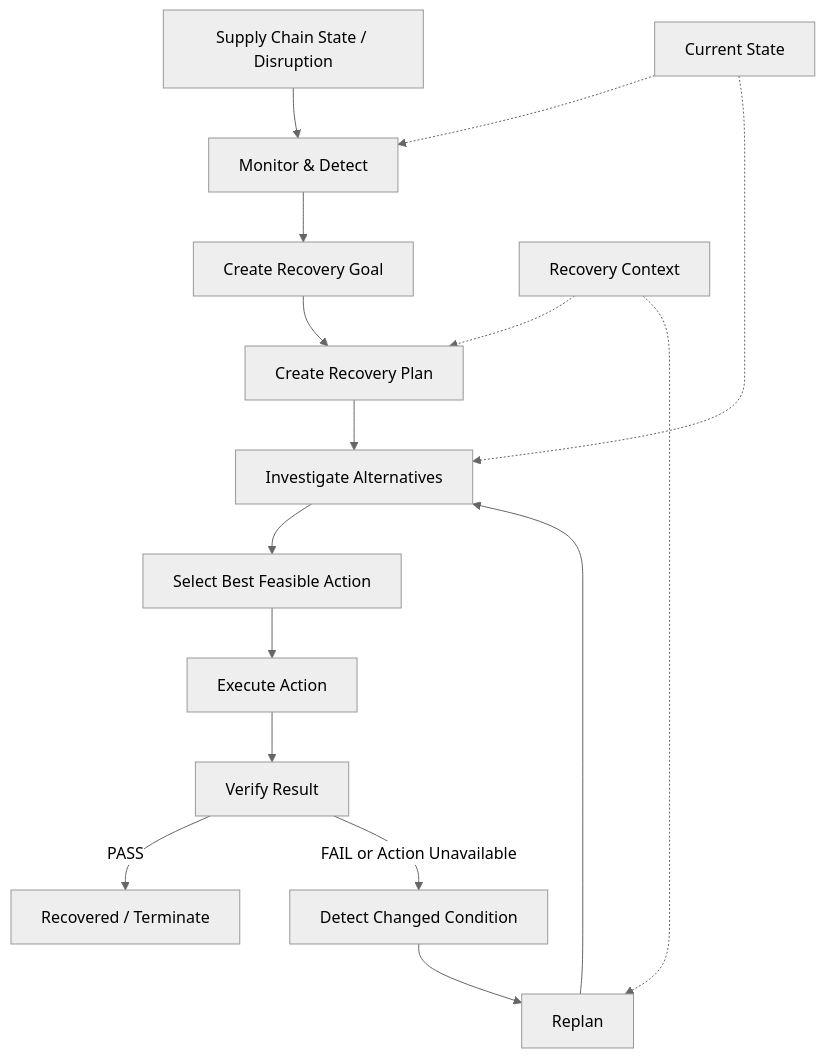
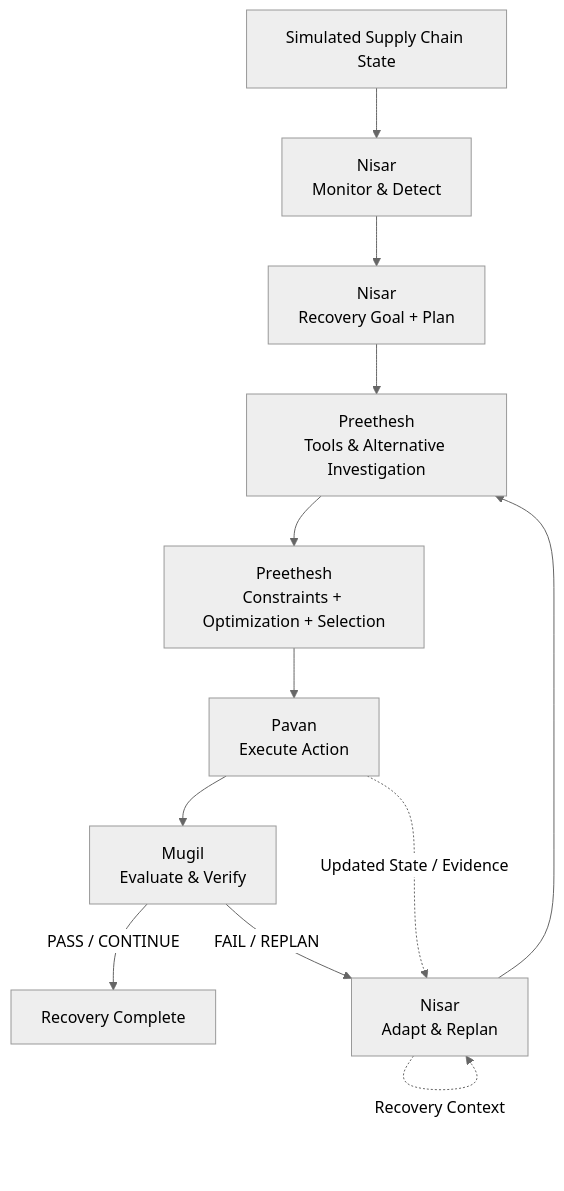
The first of 2 diagrams in README.md (nisar-studio/Autonomous-Retail-Supply-Chain-Agent-Team_Codex), drawn with Mermaid (neutral theme) before and after one commit. The commit also changed other lines of this file, not shown here.

````diff
--- a/README.md
+++ b/README.md
@@ -99,20 +144,16 @@
 ```mermaid
 flowchart TD
-    A[Supply Chain State / Disruption] --> B[Monitor & Detect]
-    B --> C[Create Recovery Goal]
-    C --> D[Create Recovery Plan]
-    D --> E[Investigate Alternatives]
-    E --> F[Select Best Feasible Action]
-    F --> G[Execute Action]
-    G --> H[Verify Result]
+    A[Simulated Supply Chain State] --> B[Nisar<br/>Monitor & Detect]
+    B --> C[Nisar<br/>Recovery Goal + Plan]
+    C --> D[Preethesh<br/>Tools & Alternative Investigation]
+    D --> E[Preethesh<br/>Constraints + Optimization + Selection]
+    E --> F[Pavan<br/>Execute Action]
+    F --> G[Mugil<br/>Evaluate & Verify]
 
-    H -->|PASS| I[Recovered / Terminate]
-    H -->|FAIL or Action Unavailable| J[Detect Changed Condition]
-    J --> K[Replan]
-    K --> E
+    G -->|PASS / CONTINUE| H[Recovery Complete]
+    G -->|FAIL / REPLAN| I[Nisar<br/>Adapt & Replan]
+    I --> D
 
-    L[Recovery Context] -.-> D
-    L -.-> K
-    M[Current State] -.-> B
-    M -.-> E
+    F -. Updated State / Evidence .-> I
+    I -. Recovery Context .-> I
 ```
````
